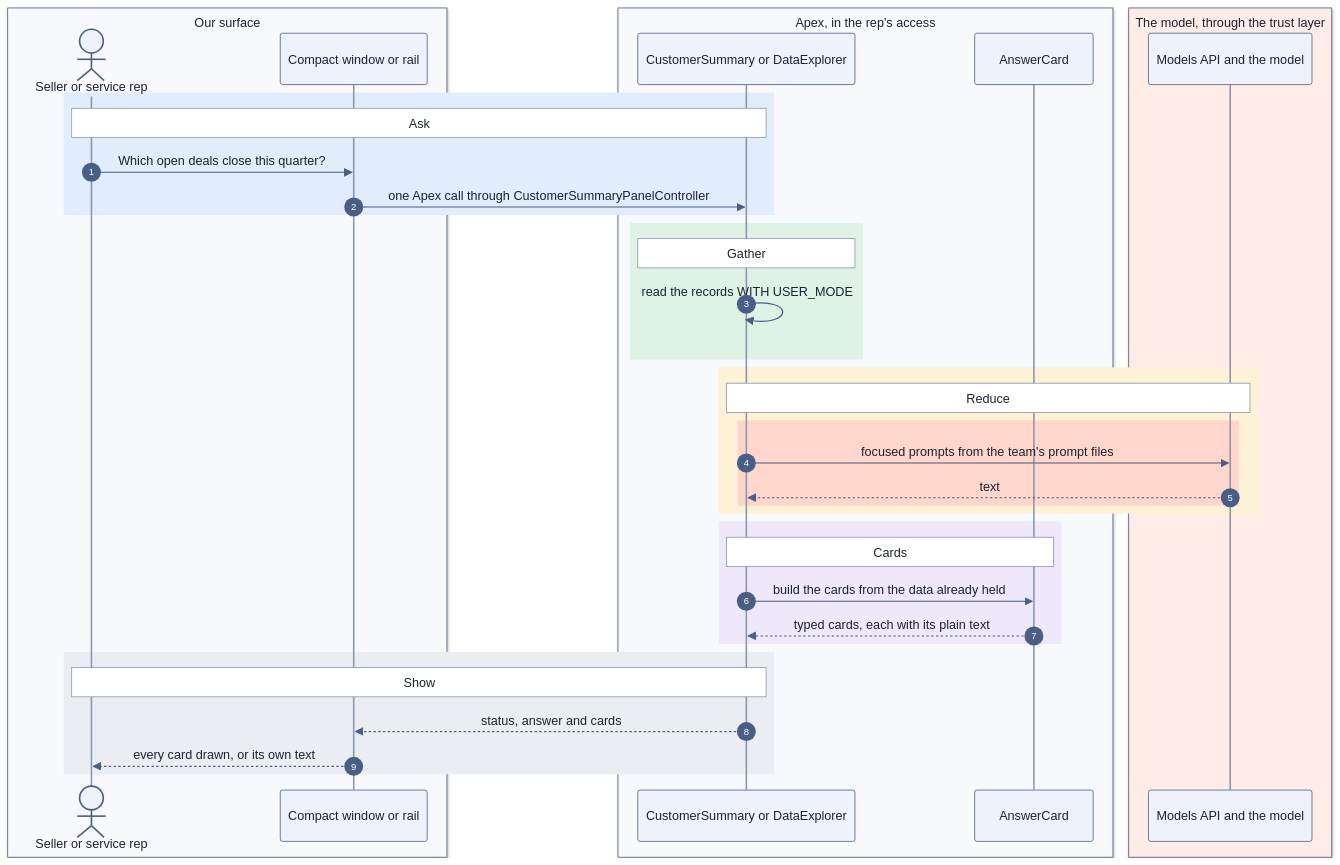
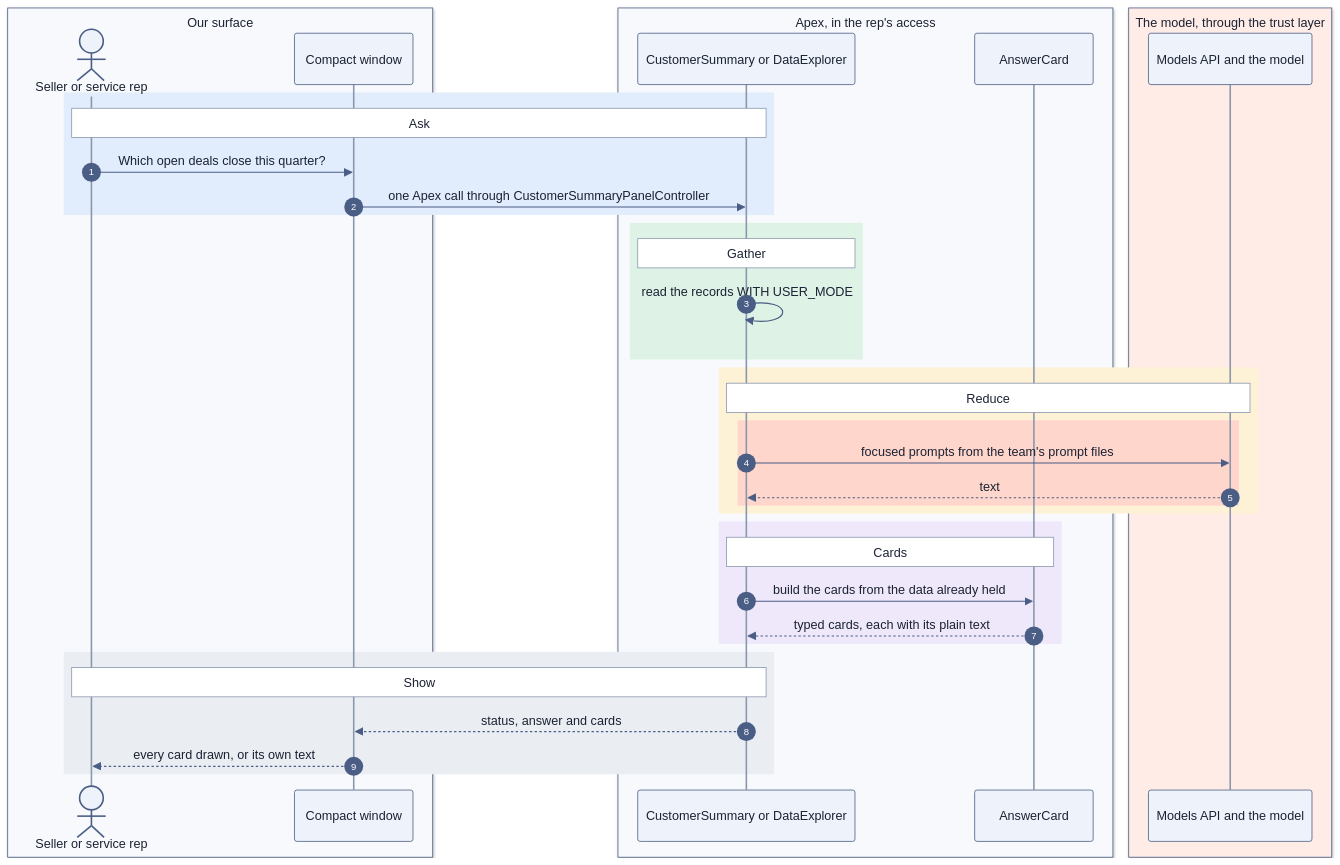
Before and after one commit to nelsben/generic-agent: the second of 2 diagrams in docs/patterns/00-why-custom.md, drawn with Mermaid. The commit also changed other lines of this file and 1 other file, not shown here.

First line of the commit message:
OPS-41: page 00 names the compact window and the MCP door as built and the rail as planned (FE-15)

````diff
--- a/docs/patterns/00-why-custom.md
+++ b/docs/patterns/00-why-custom.md
@@ -112,42 +112,42 @@
 ```mermaid
 %%{init: {"theme": "base", "themeVariables": {"fontFamily": "-apple-system, BlinkMacSystemFont, Segoe UI, Helvetica, Arial, sans-serif", "fontSize": "15px", "primaryColor": "#EEF2FA", "primaryBorderColor": "#4A5D85", "primaryTextColor": "#1B2233", "secondaryColor": "#F4F6F9", "tertiaryColor": "#FFFFFF", "lineColor": "#4A5D85", "textColor": "#1B2233", "actorBkg": "#EEF2FA", "actorBorder": "#4A5D85", "actorTextColor": "#1B2233", "actorLineColor": "#8A96AD", "signalColor": "#4A5D85", "signalTextColor": "#1B2233", "labelBoxBkgColor": "#FFFFFF", "labelBoxBorderColor": "#4A5D85", "labelTextColor": "#1B2233", "loopTextColor": "#1B2233", "noteBkgColor": "#FFFFFF", "noteBorderColor": "#8A96AD", "noteTextColor": "#1B2233", "sequenceNumberColor": "#FFFFFF", "activationBkgColor": "#DDE4F2", "activationBorderColor": "#4A5D85", "clusterBkg": "#F7F9FC", "clusterBorder": "#8A96AD", "edgeLabelBackground": "#FFFFFF"}}}%%
 sequenceDiagram
     autonumber
     box rgb(247, 249, 252) Our surface
         actor U as Seller or service rep
-        participant P as Compact window or rail
+        participant P as Compact window
     end
     box rgb(247, 249, 252) Apex, in the rep's access
         participant S as CustomerSummary or DataExplorer
         participant C as AnswerCard
     end
     box rgb(255, 236, 230) The model, through the trust layer
         participant L as Models API and the model
     end
     rect rgb(225, 236, 252)
         Note over U,S: Ask
         U->>P: Which open deals close this quarter?
         P->>S: one Apex call through CustomerSummaryPanelController
     end
     rect rgb(222, 243, 230)
         Note over S: Gather
         S->>S: read the records WITH USER_MODE
     end
     rect rgb(253, 242, 214)
         Note over S,L: Reduce
         rect rgb(255, 214, 204)
             S->>L: focused prompts from the team's prompt files
             L-->>S: text
         end
     end
     rect rgb(238, 232, 250)
         Note over S,C: Cards
         S->>C: build the cards from the data already held
         C-->>S: typed cards, each with its plain text
     end
     rect rgb(234, 238, 242)
         Note over U,S: Show
         S-->>P: status, answer and cards
         P-->>U: every card drawn, or its own text
     end
 ```
````
